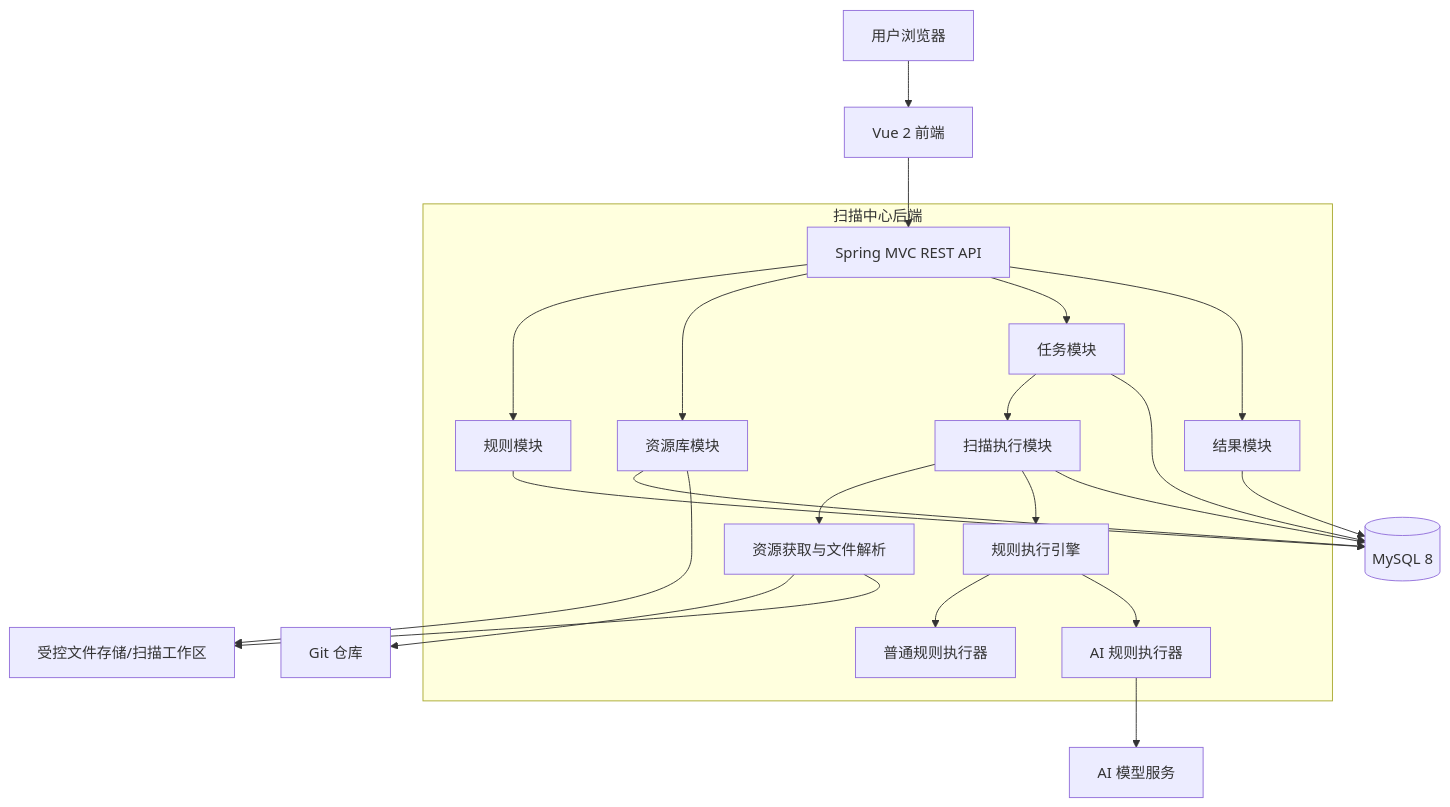
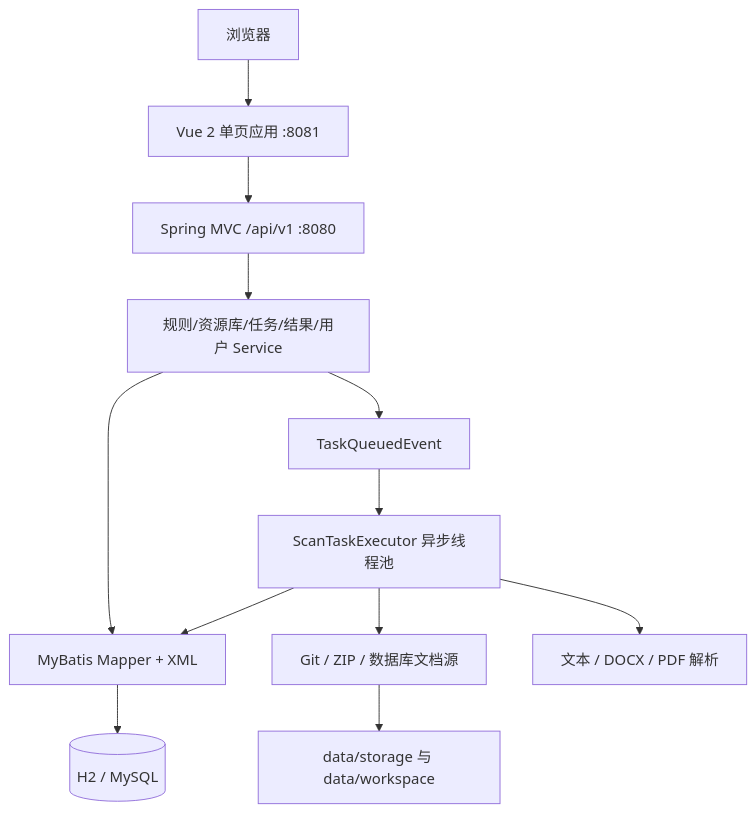
The first of 5 diagrams in ai-agent/spec/扫描中心-代码架构.md (tjqing/scanning-center), drawn with Mermaid before and after one commit. The commit also changed other lines of this file and 1 other file, not shown here.

````diff
--- a/ai-agent/spec/扫描中心-代码架构.md
+++ b/ai-agent/spec/扫描中心-代码架构.md
@@ -44,27 +32,14 @@
 ```mermaid
 flowchart TB
-    U["用户浏览器"] --> FE["Vue 2 前端"]
-    FE --> API["Spring MVC REST API"]
-
-    subgraph APP["扫描中心后端"]
-        API --> RULE["规则模块"]
-        API --> REPO["资源库模块"]
-        API --> TASK["任务模块"]
-        API --> RESULT["结果模块"]
-        TASK --> EXEC["扫描执行模块"]
-        EXEC --> SOURCE["资源获取与文件解析"]
-        EXEC --> ENGINE["规则执行引擎"]
-        ENGINE --> NORMAL["普通规则执行器"]
-        ENGINE --> AI["AI 规则执行器"]
-    end
-
-    RULE --> DB[("MySQL 8")]
-    REPO --> DB
-    TASK --> DB
-    RESULT --> DB
-    EXEC --> DB
-    REPO --> FS["受控文件存储/扫描工作区"]
-    SOURCE --> GIT["Git 仓库"]
-    SOURCE --> FS
-    AI --> MODEL["AI 模型服务"]
+    U["浏览器"] --> FE["Vue 2 单页应用 :8081"]
+    FE --> API["Spring MVC /api/v1 :8080"]
+    API --> S["规则/资源库/任务/结果/用户 Service"]
+    S --> M["MyBatis Mapper + XML"]
+    M --> DB[("H2 / MySQL")]
+    S --> EVT["TaskQueuedEvent"]
+    EVT --> EX["ScanTaskExecutor 异步线程池"]
+    EX --> SRC["Git / ZIP / 数据库文档源"]
+    EX --> FILE["文本 / DOCX / PDF 解析"]
+    EX --> M
+    SRC --> STORE["data/storage 与 data/workspace"]
 ```
````
